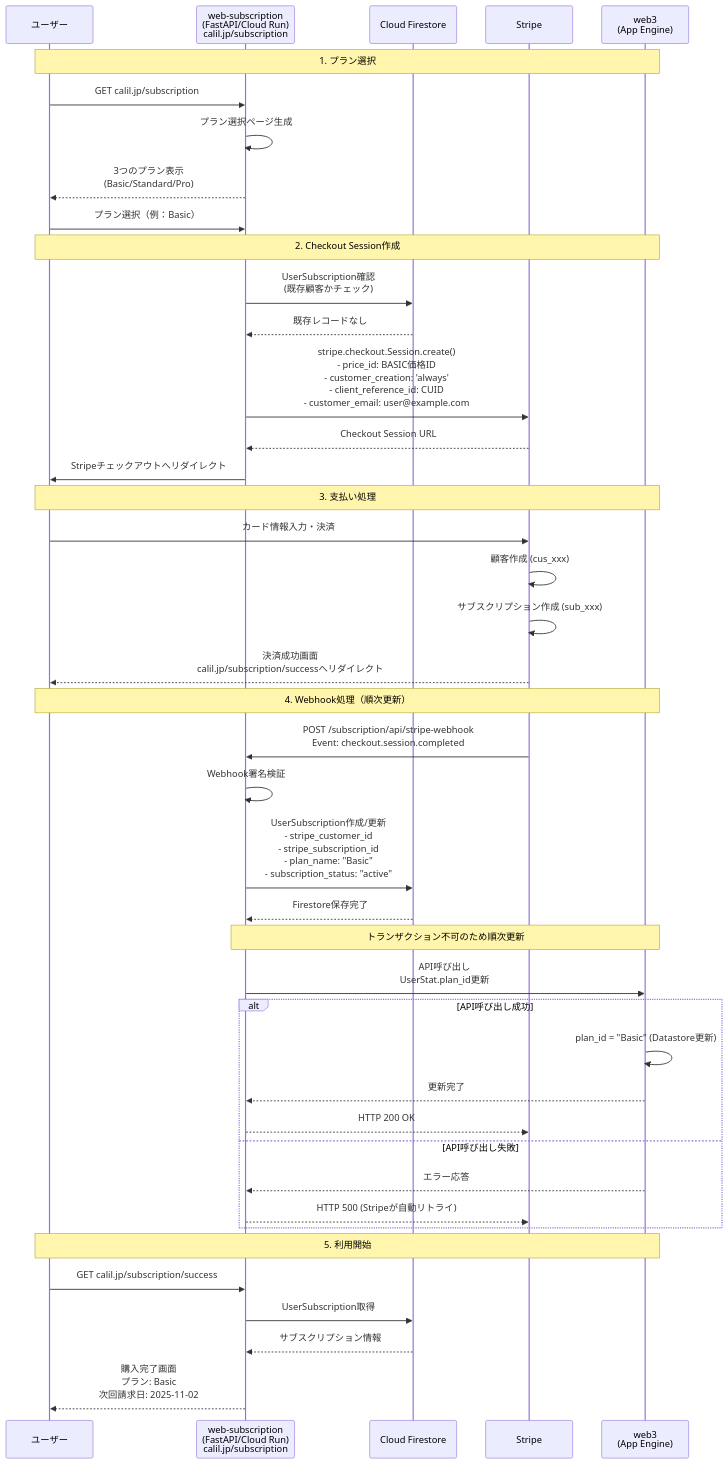
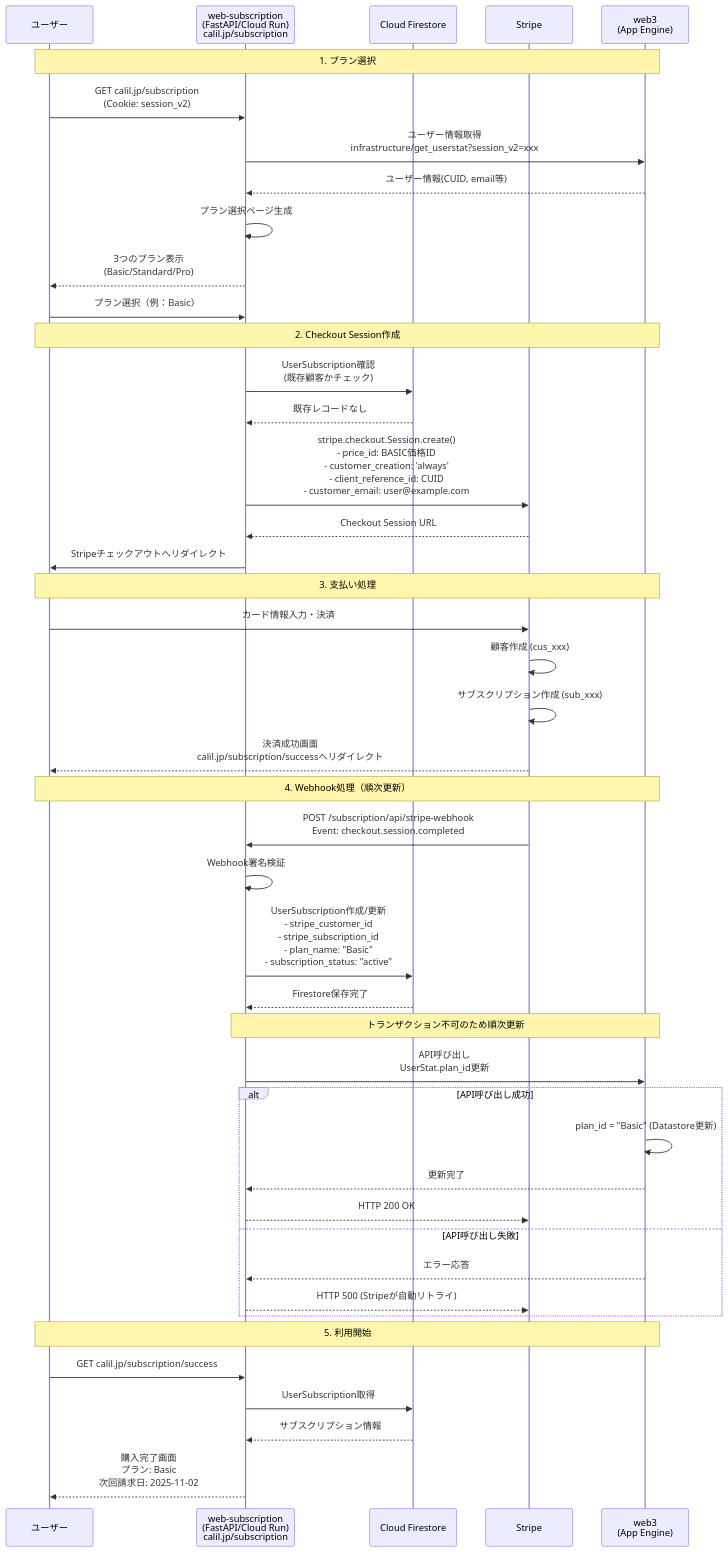
One commit to CALIL/web-subscription changed the diagram in Claude.md. Above: the diagram before and after it, drawn with Mermaid. The commit also changed other lines of this file, not shown here.

````diff
--- a/Claude.md
+++ b/Claude.md
@@ -181,51 +210,53 @@
 ```mermaid
 sequenceDiagram
     participant U as ユーザー
     participant S as web-subscription<br/>(FastAPI/Cloud Run)<br/>calil.jp/subscription
     participant DS as Cloud Firestore
     participant ST as Stripe
     participant W3 as web3<br/>(App Engine)
 
     Note over U,W3: 1. プラン選択
-    U->>S: GET calil.jp/subscription
+    U->>S: GET calil.jp/subscription<br/>(Cookie: session_v2)
+    S->>W3: ユーザー情報取得<br/>infrastructure/get_userstat?session_v2=xxx
+    W3-->>S: ユーザー情報(CUID, email等)
     S->>S: プラン選択ページ生成
     S-->>U: 3つのプラン表示<br/>(Basic/Standard/Pro)
     U->>S: プラン選択（例：Basic）
 
     Note over U,W3: 2. Checkout Session作成
     S->>DS: UserSubscription確認<br/>(既存顧客かチェック)
     DS-->>S: 既存レコードなし
 
     S->>ST: stripe.checkout.Session.create()<br/>- price_id: BASIC価格ID<br/>- customer_creation: 'always'<br/>- client_reference_id: CUID<br/>- customer_email: user@example.com
     ST-->>S: Checkout Session URL
     S->>U: Stripeチェックアウトへリダイレクト
 
     Note over U,W3: 3. 支払い処理
     U->>ST: カード情報入力・決済
     ST->>ST: 顧客作成 (cus_xxx)
     ST->>ST: サブスクリプション作成 (sub_xxx)
     ST-->>U: 決済成功画面<br/>calil.jp/subscription/successへリダイレクト
 
     Note over U,W3: 4. Webhook処理（順次更新）
     ST->>S: POST /subscription/api/stripe-webhook<br/>Event: checkout.session.completed
     S->>S: Webhook署名検証
     S->>DS: UserSubscription作成/更新<br/>- stripe_customer_id<br/>- stripe_subscription_id<br/>- plan_name: "Basic"<br/>- subscription_status: "active"
     DS-->>S: Firestore保存完了
 
     Note over S,W3: トランザクション不可のため順次更新
     S->>W3: API呼び出し<br/>UserStat.plan_id更新
     alt API呼び出し成功
         W3->>W3: plan_id = "Basic" (Datastore更新)
         W3-->>S: 更新完了
         S-->>ST: HTTP 200 OK
     else API呼び出し失敗
         W3-->>S: エラー応答
         S-->>ST: HTTP 500 (Stripeが自動リトライ)
     end
 
     Note over U,W3: 5. 利用開始
     U->>S: GET calil.jp/subscription/success
     S->>DS: UserSubscription取得
     DS-->>S: サブスクリプション情報
     S-->>U: 購入完了画面<br/>プラン: Basic<br/>次回請求日: 2025-11-02
 ```
````
